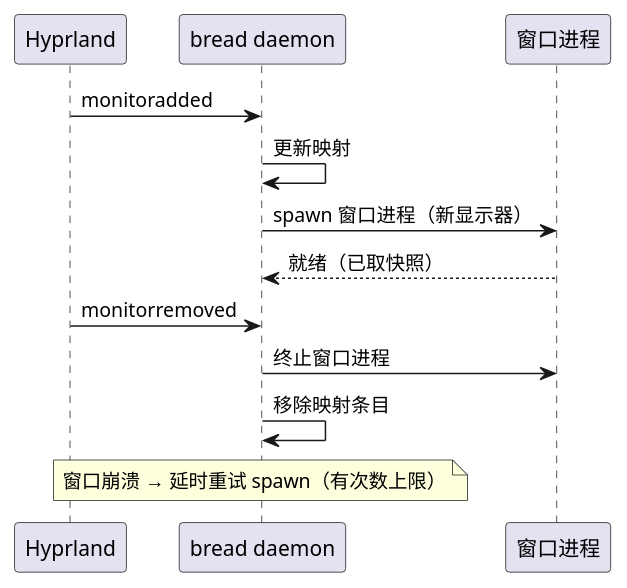
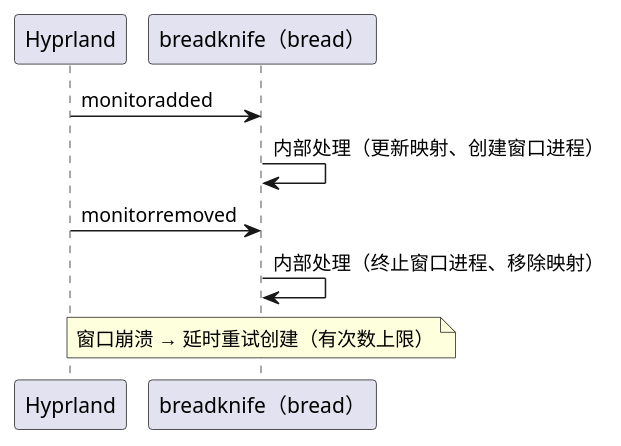
The diagram in diagram/breadknife-monitor-hotplug.puml (54m43lJ/BreadKnife), drawn with PlantUML before and after one commit. The commit also changed 43 other files, not shown here.

```diff
--- a/diagram/breadknife-monitor-hotplug.puml
+++ b/diagram/breadknife-monitor-hotplug.puml
@@ -1,14 +1,10 @@
 @startuml breadknife-monitor-hotplug
 participant Hyprland
-participant "bread daemon" as daemon
-participant "窗口进程" as win
+participant "breadknife（bread）" as bread
 
-Hyprland -> daemon: monitoradded
-daemon -> daemon: 更新映射
-daemon -> win: spawn 窗口进程（新显示器）
-win --> daemon: 就绪（已取快照）
-Hyprland -> daemon: monitorremoved
-daemon -> win: 终止窗口进程
-daemon -> daemon: 移除映射条目
-note over daemon: 窗口崩溃 → 延时重试 spawn（有次数上限）
+Hyprland -> bread: monitoradded
+bread -> bread: 内部处理（更新映射、创建窗口进程）
+Hyprland -> bread: monitorremoved
+bread -> bread: 内部处理（终止窗口进程、移除映射）
+note over bread: 窗口崩溃 → 延时重试创建（有次数上限）
 @enduml
```
